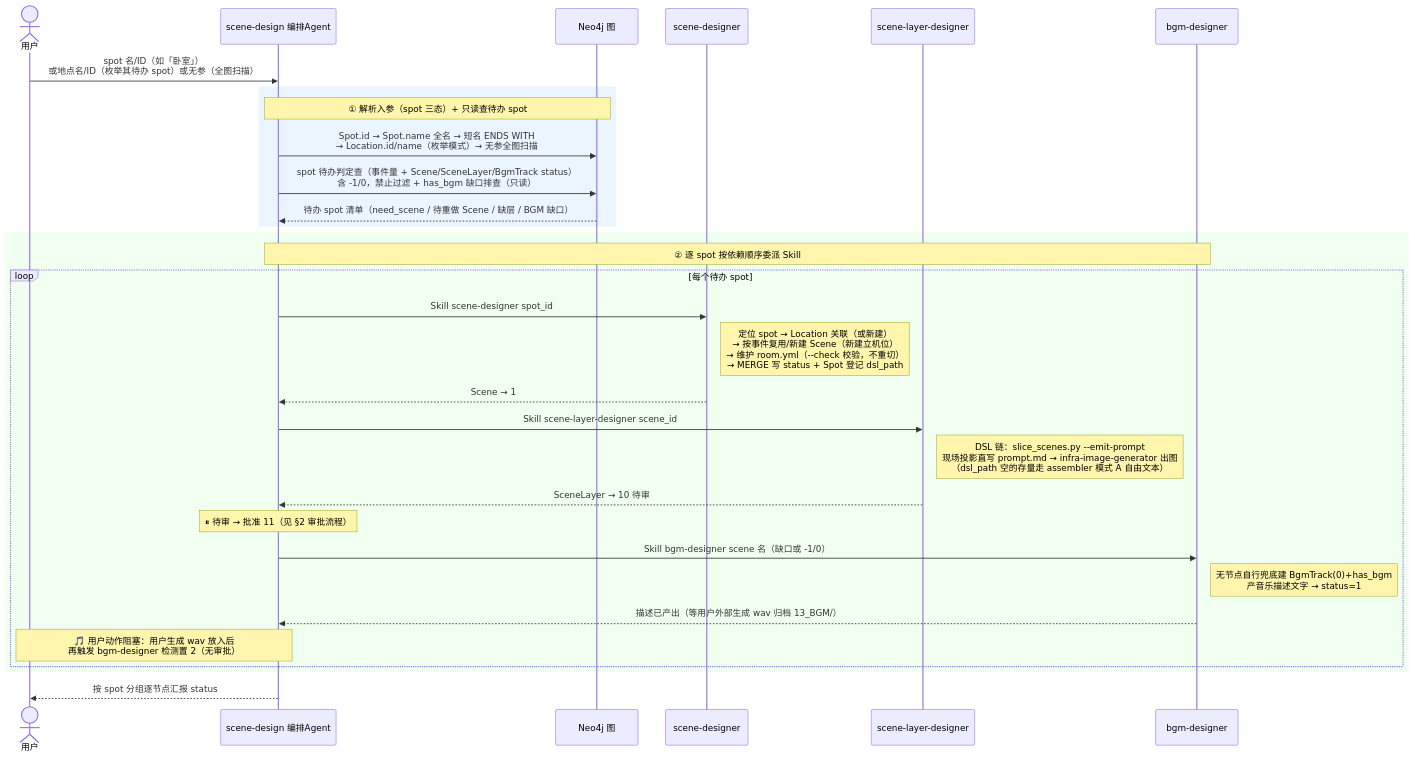
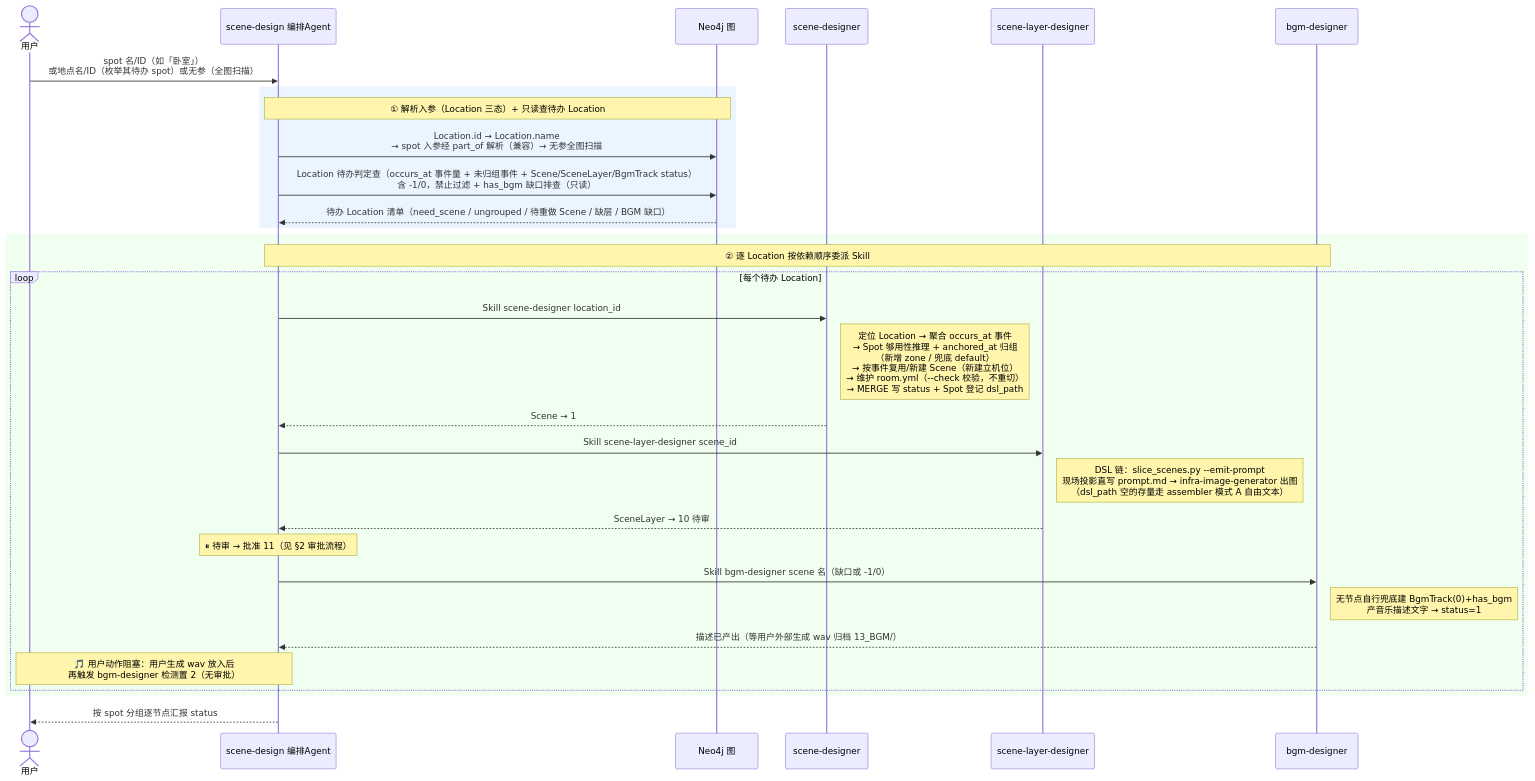
One commit to CrazyJinn/ProxyLove changed the third of 4 diagrams in README.md. Above: the diagram before and after it, drawn with Mermaid. The commit also changed other lines of this file and 52 other files, not shown here.

````diff
--- a/README.md
+++ b/README.md
@@ -179,39 +179,39 @@
 ```mermaid
 sequenceDiagram
     actor U as 用户
     participant A as scene-design 编排Agent
     participant DB as Neo4j 图
     participant Scene as scene-designer
     participant Layer as scene-layer-designer
     participant BGM as bgm-designer
 
     U->>A: spot 名/ID（如「卧室」）<br/>或地点名/ID（枚举其待办 spot）或无参（全图扫描）
 
     rect rgb(235, 245, 255)
-    Note over A,DB: ① 解析入参（spot 三态）+ 只读查待办 spot
-    A->>DB: Spot.id → Spot.name 全名 → 短名 ENDS WITH<br/>→ Location.id/name（枚举模式）→ 无参全图扫描
-    A->>DB: spot 待办判定查（事件量 + Scene/SceneLayer/BgmTrack status）<br/>含 -1/0，禁止过滤 + has_bgm 缺口排查（只读）
-    DB-->>A: 待办 spot 清单（need_scene / 待重做 Scene / 缺层 / BGM 缺口）
+    Note over A,DB: ① 解析入参（Location 三态）+ 只读查待办 Location
+    A->>DB: Location.id → Location.name<br/>→ spot 入参经 part_of 解析（兼容）→ 无参全图扫描
+    A->>DB: Location 待办判定查（occurs_at 事件量 + 未归组事件 + Scene/SceneLayer/BgmTrack status）<br/>含 -1/0，禁止过滤 + has_bgm 缺口排查（只读）
+    DB-->>A: 待办 Location 清单（need_scene / ungrouped / 待重做 Scene / 缺层 / BGM 缺口）
     end
 
     rect rgb(240, 255, 240)
-    Note over A,BGM: ② 逐 spot 按依赖顺序委派 Skill
-    loop 每个待办 spot
-        A->>Scene: Skill scene-designer spot_id
-        Note right of Scene: 定位 spot → Location 关联（或新建）<br/>→ 按事件复用/新建 Scene（新建立机位）<br/>→ 维护 room.yml（--check 校验，不重切）<br/>→ MERGE 写 status + Spot 登记 dsl_path
+    Note over A,BGM: ② 逐 Location 按依赖顺序委派 Skill
+    loop 每个待办 Location
+        A->>Scene: Skill scene-designer location_id
+        Note right of Scene: 定位 Location → 聚合 occurs_at 事件<br/>→ Spot 够用性推理 + anchored_at 归组<br/>（新增 zone / 兜底 default）<br/>→ 按事件复用/新建 Scene（新建立机位）<br/>→ 维护 room.yml（--check 校验，不重切）<br/>→ MERGE 写 status + Spot 登记 dsl_path
         Scene-->>A: Scene → 1
 
         A->>Layer: Skill scene-layer-designer scene_id
         Note right of Layer: DSL 链：slice_scenes.py --emit-prompt<br/>现场投影直写 prompt.md → infra-image-generator 出图<br/>（dsl_path 空的存量走 assembler 模式 A 自由文本）
         Layer-->>A: SceneLayer → 10 待审
         Note over A: ⏸ 待审 → 批准 11（见 §2 审批流程）
 
         A->>BGM: Skill bgm-designer scene 名（缺口或 -1/0）
         Note right of BGM: 无节点自行兜底建 BgmTrack(0)+has_bgm<br/>产音乐描述文字 → status=1
         BGM-->>A: 描述已产出（等用户外部生成 wav 归档 13_BGM/）
         Note over A,U: 🎵 用户动作阻塞：用户生成 wav 放入后<br/>再触发 bgm-designer 检测置 2（无审批）
     end
     end
 
     A-->>U: 按 spot 分组逐节点汇报 status
 ```
````
